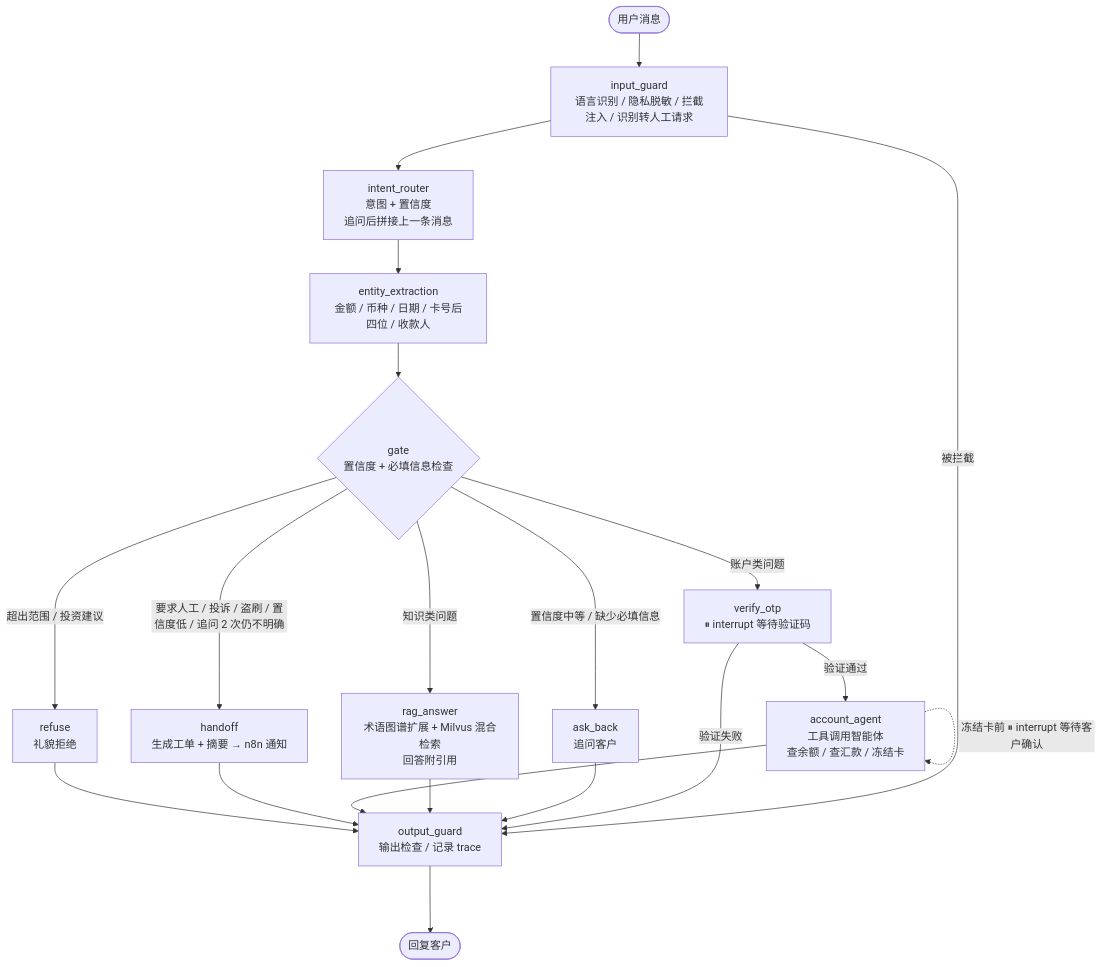
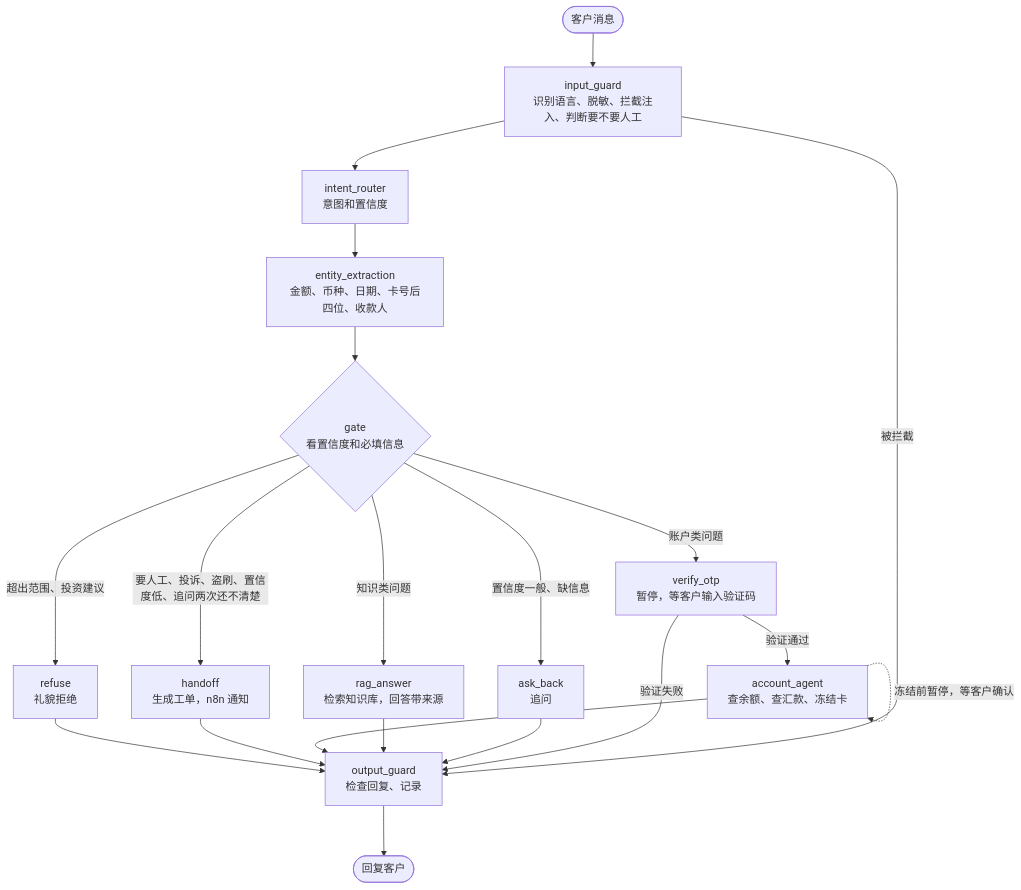
Before and after one commit to ChamLeeHam/bank-cs: the second of 2 diagrams in 需求文档.md, drawn with Mermaid. The commit also changed other lines of this file and 28 other files, not shown here.

````diff
--- a/需求文档.md
+++ b/需求文档.md
@@ -106,22 +100,22 @@
 ```mermaid
 flowchart TD
-    S([用户消息]) --> IG[input_guard<br/>语言识别 / 隐私脱敏 / 拦截注入 / 识别转人工请求]
-    IG -->|被拦截| OG[output_guard<br/>输出检查 / 记录 trace]
-    IG --> R[intent_router<br/>意图 + 置信度<br/>追问后拼接上一条消息]
-    R --> EX[entity_extraction<br/>金额 / 币种 / 日期 / 卡号后四位 / 收款人]
-    EX --> GT{gate<br/>置信度 + 必填信息检查}
-    GT -->|置信度中等 / 缺少必填信息| AB[ask_back<br/>追问客户]
-    GT -->|知识类问题| RAG[rag_answer<br/>术语图谱扩展 + Milvus 混合检索<br/>回答附引用]
-    GT -->|账户类问题| OTP[verify_otp<br/>⏸ interrupt 等待验证码]
-    GT -->|要求人工 / 投诉 / 盗刷 / 置信度低 / 追问 2 次仍不明确| HO[handoff<br/>生成工单 + 摘要 → n8n 通知]
-    GT -->|超出范围 / 投资建议| RF[refuse<br/>礼貌拒绝]
-    OTP -->|验证通过| AG[account_agent<br/>工具调用智能体<br/>查余额 / 查汇款 / 冻结卡]
+    S([客户消息]) --> IG[input_guard<br/>识别语言、脱敏、拦截注入、判断要不要人工]
+    IG -->|被拦截| OG[output_guard<br/>检查回复、记录]
+    IG --> R[intent_router<br/>意图和置信度]
+    R --> EX[entity_extraction<br/>金额、币种、日期、卡号后四位、收款人]
+    EX --> GT{gate<br/>看置信度和必填信息}
+    GT -->|置信度一般、缺信息| AB[ask_back<br/>追问]
+    GT -->|知识类问题| RAG[rag_answer<br/>检索知识库，回答带来源]
+    GT -->|账户类问题| OTP[verify_otp<br/>暂停，等客户输入验证码]
+    GT -->|要人工、投诉、盗刷、置信度低、追问两次还不清楚| HO[handoff<br/>生成工单，n8n 通知]
+    GT -->|超出范围、投资建议| RF[refuse<br/>礼貌拒绝]
+    OTP -->|验证通过| AG[account_agent<br/>查余额、查汇款、冻结卡]
     OTP -->|验证失败| OG
-    AG -.->|冻结卡前 ⏸ interrupt 等待客户确认| AG
+    AG -.->|冻结前暂停，等客户确认| AG
     AB --> OG
     RAG --> OG
     AG --> OG
     HO --> OG
     RF --> OG
     OG --> END([回复客户])
 ```
````
